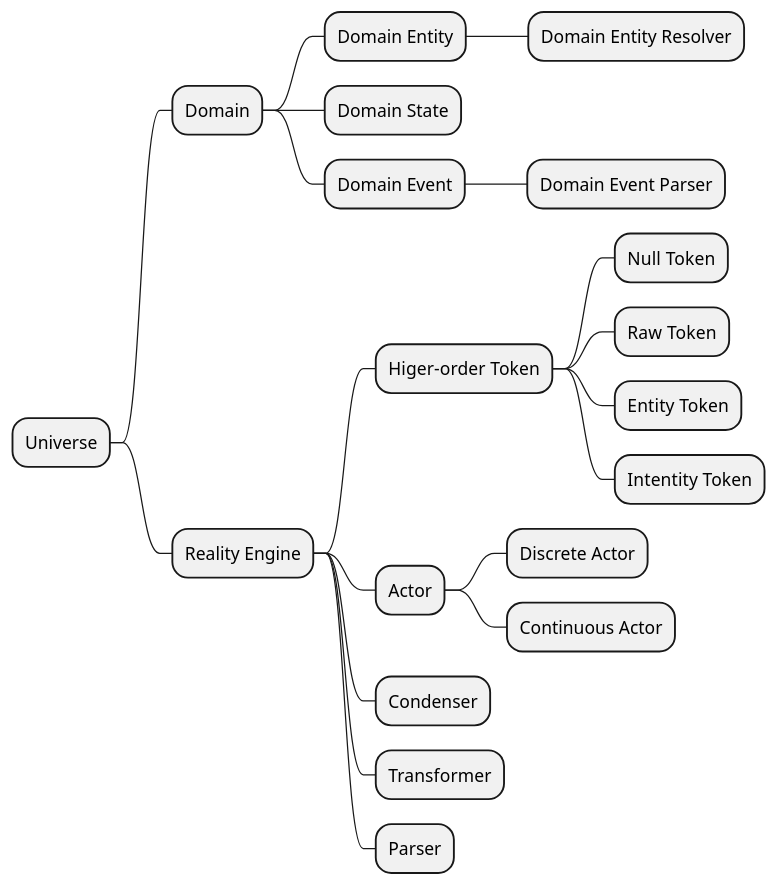
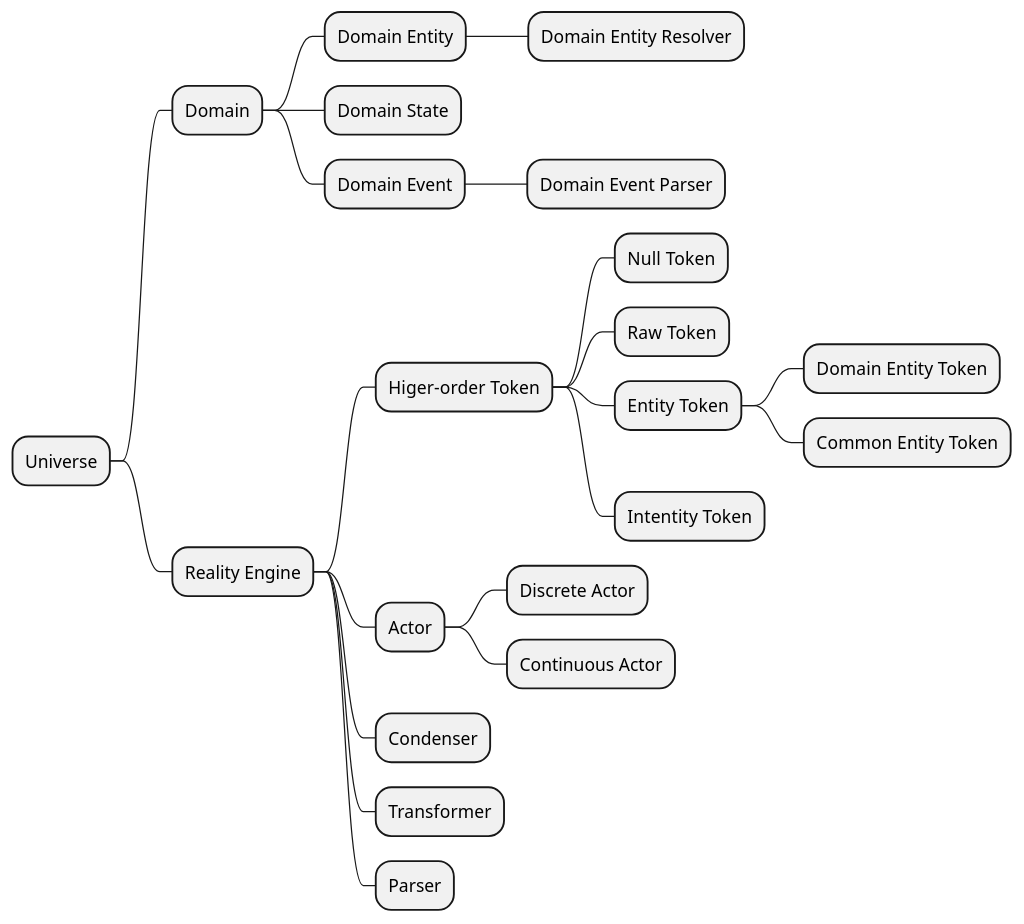
One commit to SpaceKatt/condenser-nlp changed the diagram in docs/diagrams/src/concept-mind-map.puml. Above: the diagram before and after it, drawn with PlantUML. The commit also changed 1 other file, not shown here.

Commit message:
update concept mind map

```diff
--- a/docs/diagrams/src/concept-mind-map.puml
+++ b/docs/diagrams/src/concept-mind-map.puml
@@ -1,29 +1,31 @@
 @startmindmap concepts
 * Universe
 
 ** Domain
 
 *** Domain Entity
 **** Domain Entity Resolver
 
 *** Domain State
 
 *** Domain Event
 **** Domain Event Parser
 
 ** Reality Engine
 
 *** Higer-order Token
 **** Null Token
 **** Raw Token
 **** Entity Token
+***** Domain Entity Token
+***** Common Entity Token
 **** Intentity Token
 
 *** Actor
 **** Discrete Actor
 **** Continuous Actor
 
 *** Condenser
 *** Transformer
 *** Parser
 @endmindmap
```
